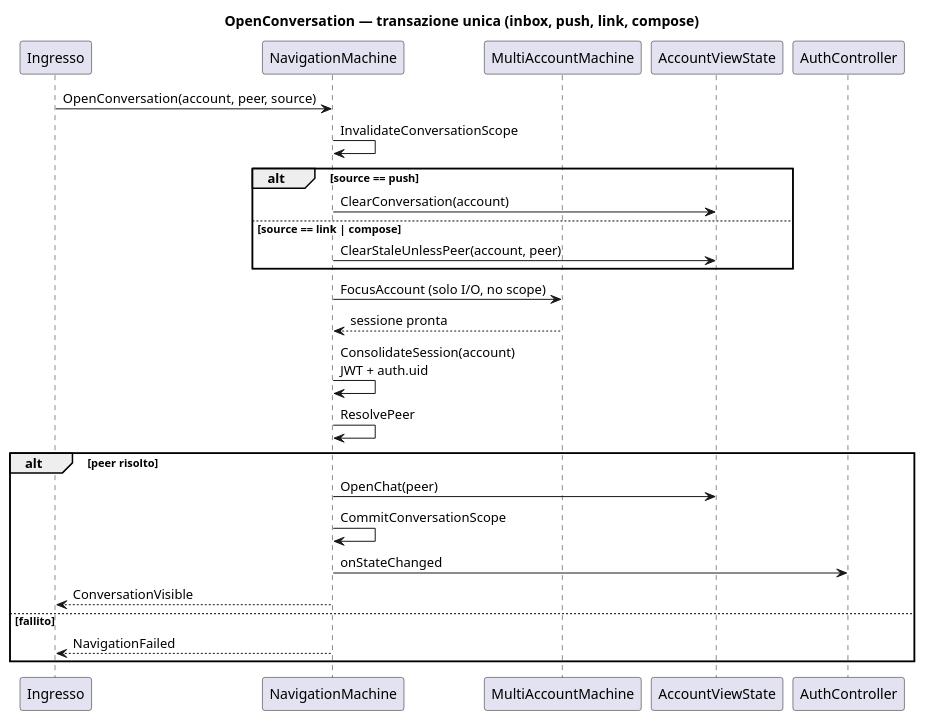
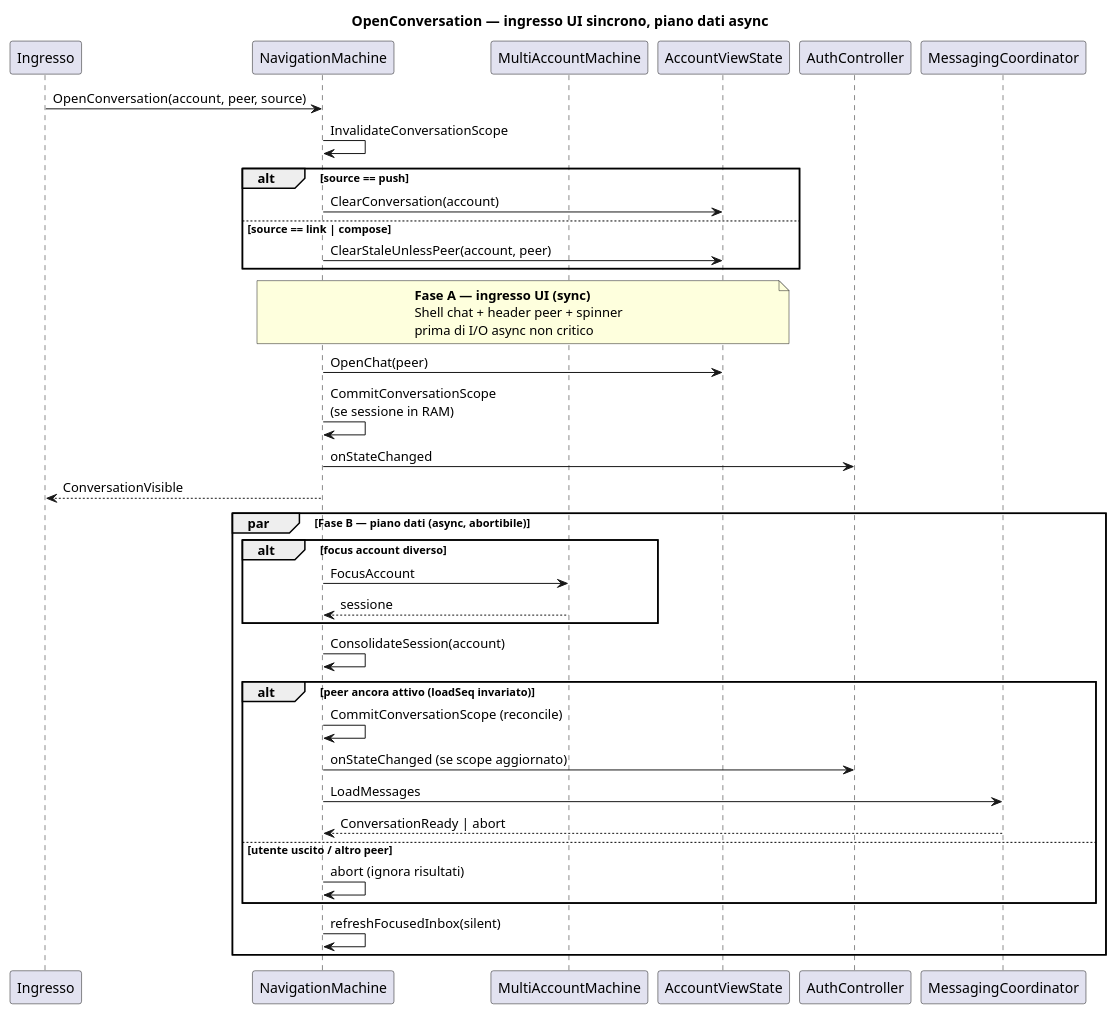
Before and after one commit to alfred-im/alfred-im: the diagram in docs/model/uml/navigation/seq-open-conversation-unified.puml, drawn with PlantUML. The commit also changed 16 other files, not shown here.

First line of the commit message:
fix(navigation): ingresso chat sincrono prima del refresh inbox

```diff
--- a/docs/model/uml/navigation/seq-open-conversation-unified.puml
+++ b/docs/model/uml/navigation/seq-open-conversation-unified.puml
@@ -1,34 +1,51 @@
 @startuml seq-open-conversation-unified
 ' Context: navigation
 ' Profile: client
-' Revision: 2026-07-27
+' Revision: 2026-08-01
 
-title OpenConversation — transazione unica (inbox, push, link, compose)
+title OpenConversation — ingresso UI sincrono, piano dati async
 
 participant "Ingresso" as In
 participant "NavigationMachine" as Nav
 participant "MultiAccountMachine" as MAM
 participant "AccountViewState" as VS
 participant "AuthController" as Auth
+participant "MessagingCoordinator" as Msg
 
 In -> Nav : OpenConversation(account, peer, source)
 Nav -> Nav : InvalidateConversationScope
 alt source == push
   Nav -> VS : ClearConversation(account)
 else source == link | compose
   Nav -> VS : ClearStaleUnlessPeer(account, peer)
 end
-Nav -> MAM : FocusAccount (solo I/O, no scope)
-MAM --> Nav : sessione pronta
-Nav -> Nav : ConsolidateSession(account)\nJWT + auth.uid
-Nav -> Nav : ResolvePeer
-alt peer risolto
-  Nav -> VS : OpenChat(peer)
-  Nav -> Nav : CommitConversationScope
-  Nav -> Auth : onStateChanged
-  Nav --> In : ConversationVisible
-else fallito
-  Nav --> In : NavigationFailed
+
+note over Nav, VS
+  **Fase A — ingresso UI (sync)**
+  Shell chat + header peer + spinner
+  prima di I/O async non critico
+end note
+
+Nav -> VS : OpenChat(peer)
+Nav -> Nav : CommitConversationScope\n(se sessione in RAM)
+Nav -> Auth : onStateChanged
+Nav --> In : ConversationVisible
+
+par Fase B — piano dati (async, abortibile)
+  alt focus account diverso
+    Nav -> MAM : FocusAccount
+    MAM --> Nav : sessione
+  end
+  Nav -> Nav : ConsolidateSession(account)
+  alt peer ancora attivo (loadSeq invariato)
+    Nav -> Nav : CommitConversationScope (reconcile)
+    Nav -> Auth : onStateChanged (se scope aggiornato)
+    Nav -> Msg : LoadMessages
+    Msg --> Nav : ConversationReady | abort
+  else utente uscito / altro peer
+    Nav -> Nav : abort (ignora risultati)
+  end
+  Nav -> Nav : refreshFocusedInbox(silent)
 end
 
 @enduml
```
